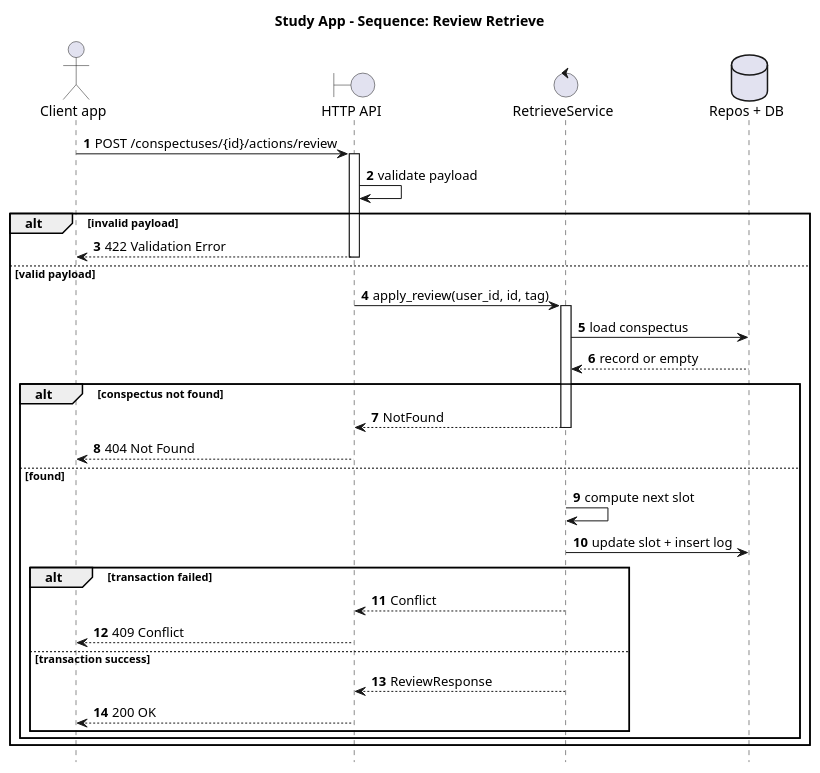
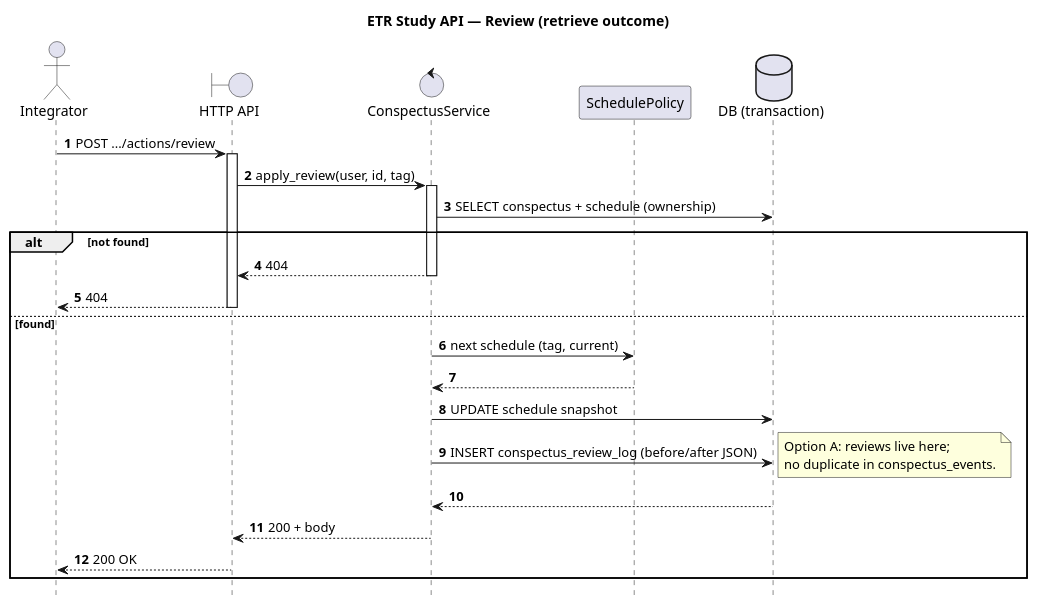
Before and after one commit to iboiarkin96/etr_study_api: the diagram in docs/uml/sequences/review_retrieve_sequence.puml, drawn with PlantUML. The commit also changed 54 other files, not shown here.

First line of the commit message:
docs: SVG UML exports, diagram lightbox, conspectus ER and system design

```diff
--- a/docs/uml/sequences/review_retrieve_sequence.puml
+++ b/docs/uml/sequences/review_retrieve_sequence.puml
@@ -1,47 +1,37 @@
 @startuml
-title Study App - Sequence: Review Retrieve
+title ETR Study API — Review (retrieve outcome)
 
 autonumber
 hide footbox
 
-actor "Client app" as Client
+actor "Integrator" as Client
 boundary "HTTP API" as Api
-control "RetrieveService" as Service
-database "Repos + DB" as RepoDb
+control "ConspectusService" as Service
+participant "SchedulePolicy" as Policy
+database "DB (transaction)" as Db
 
-Client -> Api: POST /conspectuses/{id}/actions/review
+Client -> Api: POST .../actions/review
 activate Api
-Api -> Api: validate payload
+Api -> Service: apply_review(user, id, tag)
+activate Service
+Service -> Db: SELECT conspectus + schedule (ownership)
 
-alt invalid payload
-  Api --> Client: 422 Validation Error
+alt not found
+  Service --> Api: 404
+  deactivate Service
+  Api --> Client: 404
   deactivate Api
-else valid payload
-  Api -> Service: apply_review(user_id, id, tag)
-  activate Service
-  Service -> RepoDb: load conspectus
-  RepoDb --> Service: record or empty
-
-  alt conspectus not found
-    Service --> Api: NotFound
-    deactivate Service
-    Api --> Client: 404 Not Found
-    deactivate Api
-  else found
-    Service -> Service: compute next slot
-    Service -> RepoDb: update slot + insert log
-    alt transaction failed
-      Service --> Api: Conflict
-      deactivate Service
-      Api --> Client: 409 Conflict
-      deactivate Api
-    else transaction success
-      Service --> Api: ReviewResponse
-      deactivate Service
-      Api --> Client: 200 OK
-      deactivate Api
-    end
-  end
+else found
+  Service -> Policy: next schedule (tag, current)
+  Policy --> Service
+  Service -> Db: UPDATE schedule snapshot
+  Service -> Db: INSERT conspectus_review_log (before/after JSON)
+  note right: Option A: reviews live here;\nno duplicate in conspectus_events.
+  Db --> Service
+  Service --> Api: 200 + body
+  deactivate Service
+  Api --> Client: 200 OK
+  deactivate Api
 end
 
 @enduml
```
